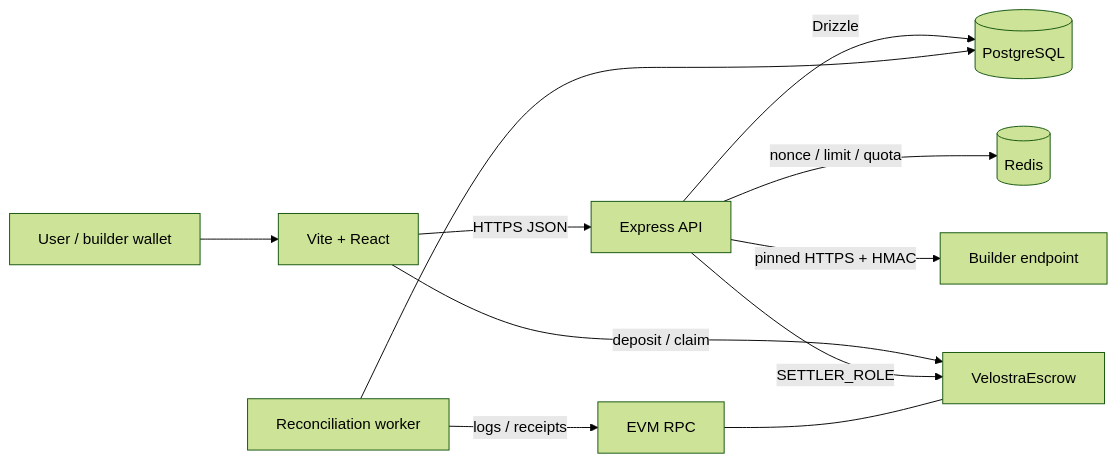
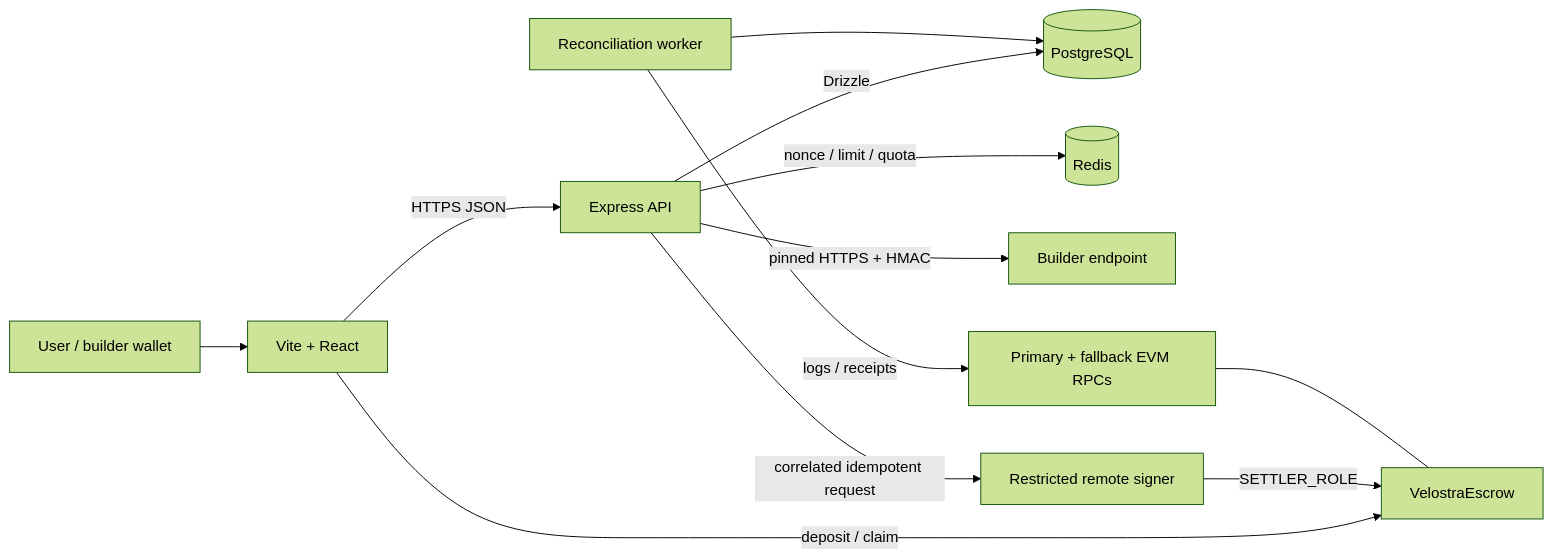
The first of 2 diagrams in docs/ARCHITECTURE.md (velostralabs/velostra), drawn with Mermaid (forest theme) before and after one commit. The commit also changed other lines of this file and 11 other files, not shown here.

````diff
--- a/docs/ARCHITECTURE.md
+++ b/docs/ARCHITECTURE.md
@@ -8,13 +8,14 @@
 ```mermaid
 flowchart LR
     U["User / builder wallet"] --> F["Vite + React"]
     F -->|HTTPS JSON| A["Express API"]
     F -->|deposit / claim| C["VelostraEscrow"]
     A -->|Drizzle| P[(PostgreSQL)]
     A -->|nonce / limit / quota| R[(Redis)]
     A -->|pinned HTTPS + HMAC| B["Builder endpoint"]
-    A -->|SETTLER_ROLE| C
-    W["Reconciliation worker"] -->|logs / receipts| RPC["EVM RPC"]
+    A -->|correlated idempotent request| S["Restricted remote signer"]
+    S -->|SETTLER_ROLE| C
+    W["Reconciliation worker"] -->|logs / receipts| RPC["Primary + fallback EVM RPCs"]
     W --> P
     RPC --- C
 ```
````
